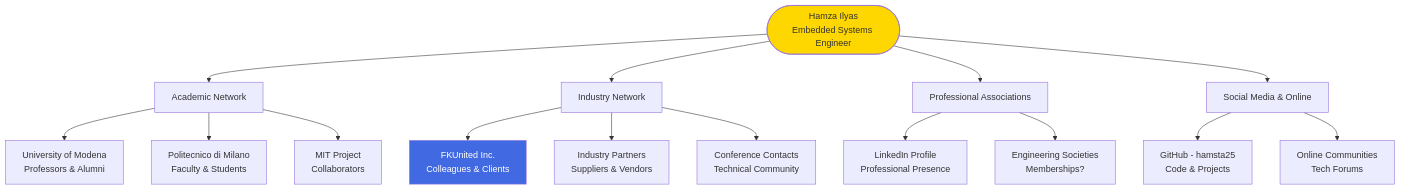
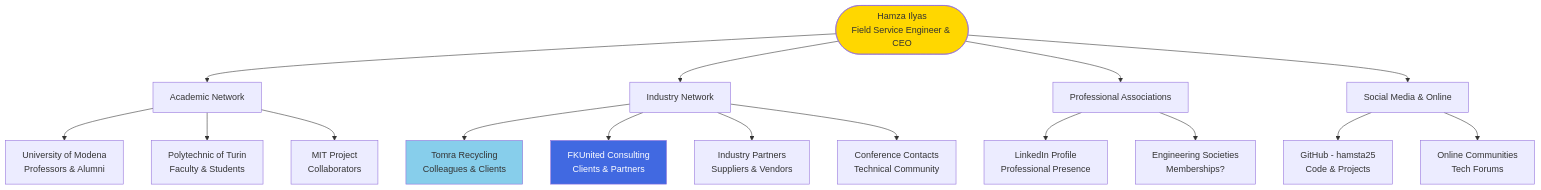
Diagram 12 of 15 in diagrams/professional-journey.md (hamsta25/Himalaya), drawn with Mermaid before and after one commit. The commit also changed other lines of this file and 10 other files, not shown here.

Commit message:
Update university name to Polytechnic of Turin and correct professional roles

````diff
--- a/diagrams/professional-journey.md
+++ b/diagrams/professional-journey.md
@@ -461,26 +462,28 @@
 ```mermaid
 graph TB
-    Center([Hamza Ilyas<br/>Embedded Systems Engineer])
+    Center([Hamza Ilyas<br/>Field Service Engineer & CEO])
     
     Center --> Academic[Academic Network]
     Center --> Industry[Industry Network]
     Center --> Professional[Professional Associations]
     Center --> Social[Social Media & Online]
     
     Academic --> UniMORE[University of Modena<br/>Professors & Alumni]
-    Academic --> Poly[Politecnico di Milano<br/>Faculty & Students]
+    Academic --> Poly[Polytechnic of Turin<br/>Faculty & Students]
     Academic --> MIT[MIT Project<br/>Collaborators]
     
-    Industry --> FKUnited[FKUnited Inc.<br/>Colleagues & Clients]
+    Industry --> Tomra[Tomra Recycling<br/>Colleagues & Clients]
+    Industry --> FKUnited[FKUnited Consulting<br/>Clients & Partners]
     Industry --> Partners[Industry Partners<br/>Suppliers & Vendors]
     Industry --> Conferences[Conference Contacts<br/>Technical Community]
     
     Professional --> LinkedIn[LinkedIn Profile<br/>Professional Presence]
     Professional --> IEEE[Engineering Societies<br/>Memberships?]
     
     Social --> GitHub[GitHub - hamsta25<br/>Code & Projects]
     Social --> Online[Online Communities<br/>Tech Forums]
     
     style Center fill:#FFD700
+    style Tomra fill:#87CEEB
     style FKUnited fill:#4169E1,color:#fff
 ```
````
